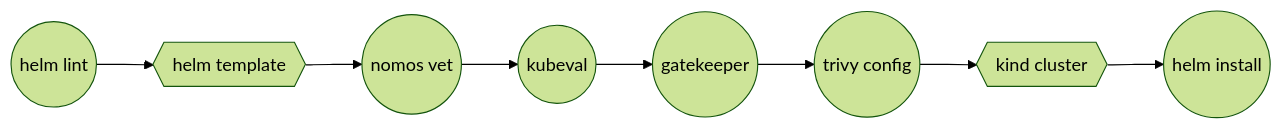
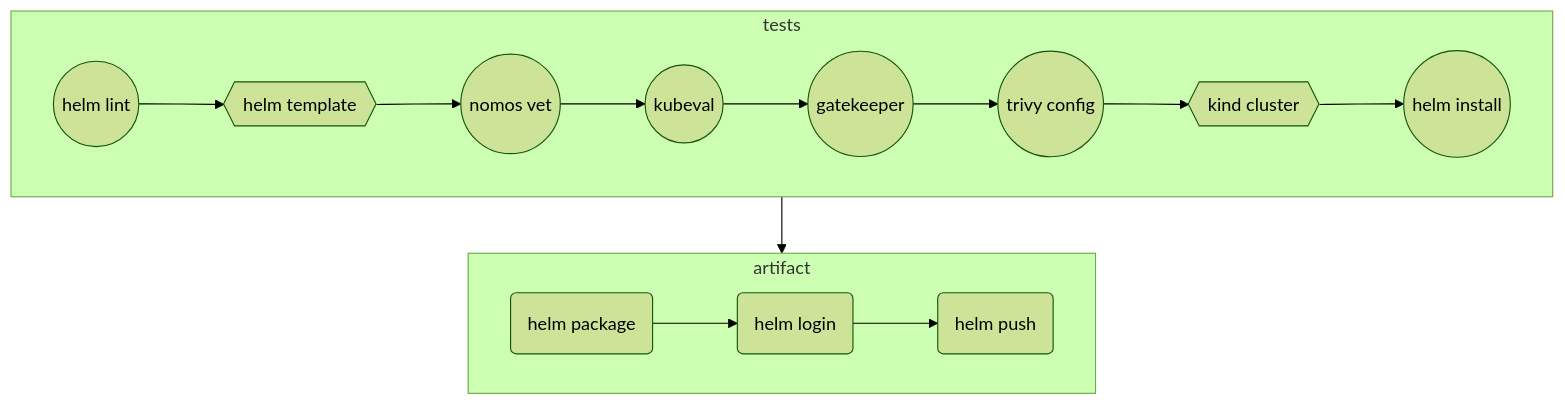
Before and after one commit to mathieu-benoit/ci-with-helm: the diagram in README.md, drawn with Mermaid (forest theme).

Commit message:
mermaid graph with 2 jobs

````diff
--- a/README.md
+++ b/README.md
@@ -3,10 +3,17 @@
 ```mermaid
-flowchart LR
+flowchart TB
+    subgraph tests
     lint((helm lint)) --> template{{helm template}}
     template --> vet((nomos vet))
     vet --> kubeval((kubeval))
     kubeval --> gatekeeper((gatekeeper))
     gatekeeper --> trivy((trivy config))
     trivy --> kind{{kind cluster}}
     kind --> install((helm install))
+    end
+    subgraph artifact
+    package(helm package) --> login(helm login)
+    login --> push(helm push)
+    end
+    tests --> artifact
 ```
````
